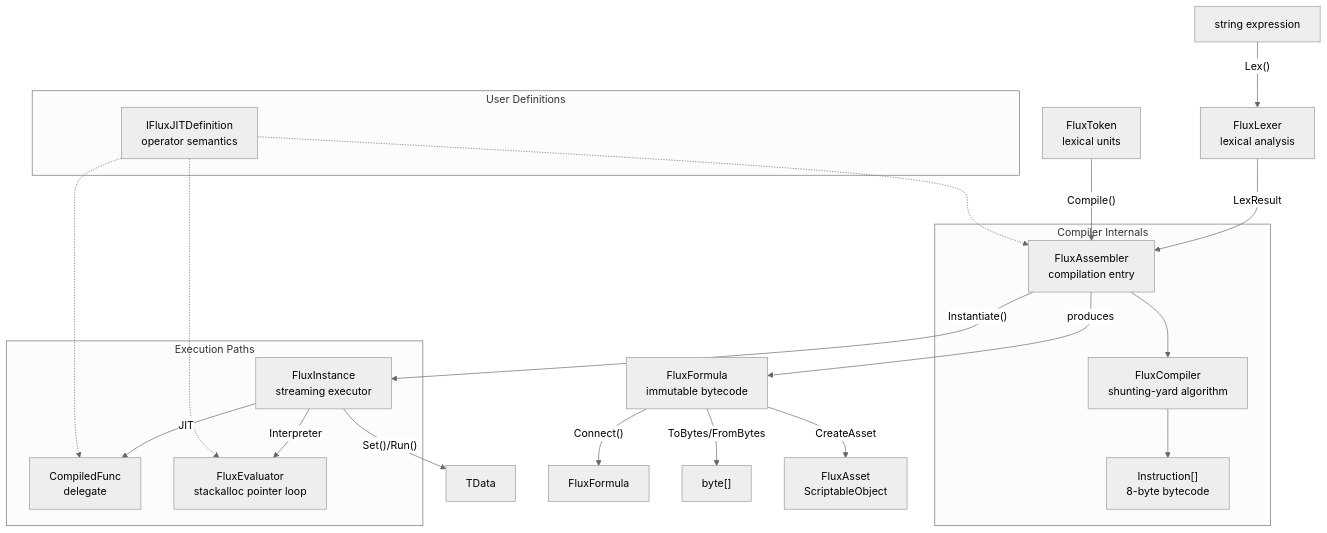
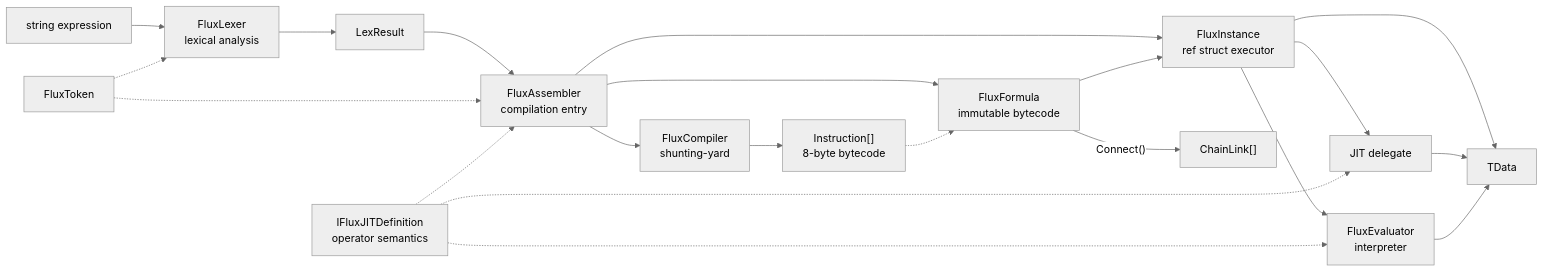
One commit to twds0x13/FluxFormula changed the first of 2 diagrams in docs/en/api/overview.md. Above: the diagram before and after it, drawn with Mermaid (neutral theme). The commit also changed other lines of this file and 17 other files, not shown here.

First line of the commit message:
refactor: rename IFluxBinaryBuilder → IFluxFileFormatter, add Load method + FileFluxFileFormatter, split overview diagram

````diff
--- a/docs/en/api/overview.md
+++ b/docs/en/api/overview.md
@@ -5,28 +5,27 @@
 ```mermaid
-graph TD
-    Source["string expression"] -->|"Lex()"| Lexer["FluxLexer<br/>lexical analysis"]
-    Lexer -->|"LexResult"| Assembler["FluxAssembler<br/>compilation entry"]
-    Token["FluxToken<br/>lexical units"] -->|"Compile()"| Assembler
-    Assembler -->|"produces"| Formula["FluxFormula<br/>immutable bytecode"]
-    Assembler -->|"Instantiate()"| Instance["FluxInstance<br/>streaming executor"]
-    Instance -->|"Set()/Run()"| Result["TData"]
-    Formula -->|"Connect()"| Formula2["FluxFormula"]
-    Formula -->|"ToBytes/FromBytes"| Bytes["byte[]"]
-    Formula -->|"CreateAsset"| Asset["FluxAsset<br/>ScriptableObject"]
+graph LR
+    Source["string expression"] --> Lexer["FluxLexer<br/>lexical analysis"]
+    Token["FluxToken"] -.-> Lexer
+    Lexer --> LR["LexResult"]
+    LR --> Assembler["FluxAssembler<br/>compilation entry"]
+    Token -.-> Assembler
+    Assembler --> Formula["FluxFormula<br/>immutable bytecode"]
+    Assembler --> Instance["FluxInstance<br/>ref struct executor"]
+    Formula --> Instance
+    Instance --> Result["TData"]
 
-    subgraph Execution Paths
-        Instance -->|"JIT"| JITDelegate["CompiledFunc<br/>delegate"]
-        Instance -->|"Interpreter"| Evaluator["FluxEvaluator<br/>stackalloc pointer loop"]
-    end
+    Assembler --> Compiler["FluxCompiler<br/>shunting-yard"]
+    Compiler --> Instr["Instruction[]<br/>8-byte bytecode"]
+    Instr -.-> Formula
 
-    subgraph Compiler Internals
-        Assembler --> Compiler["FluxCompiler<br/>shunting-yard algorithm"]
-        Compiler --> Instruction["Instruction[]<br/>8-byte bytecode"]
-    end
+    Instance --> JIT["JIT delegate"]
+    Instance --> Interp["FluxEvaluator<br/>interpreter"]
+    JIT --> Result
+    Interp --> Result
 
-    subgraph User Definitions
-        Def["IFluxJITDefinition<br/>operator semantics"] -.-> Assembler
-        Def -.-> Evaluator
-        Def -.-> JITDelegate
-    end
+    Def["IFluxJITDefinition<br/>operator semantics"] -.-> Assembler
+    Def -.-> Interp
+    Def -.-> JIT
+
+    Formula -->|"Connect()"| Chain["ChainLink[]"]
 ```
````
